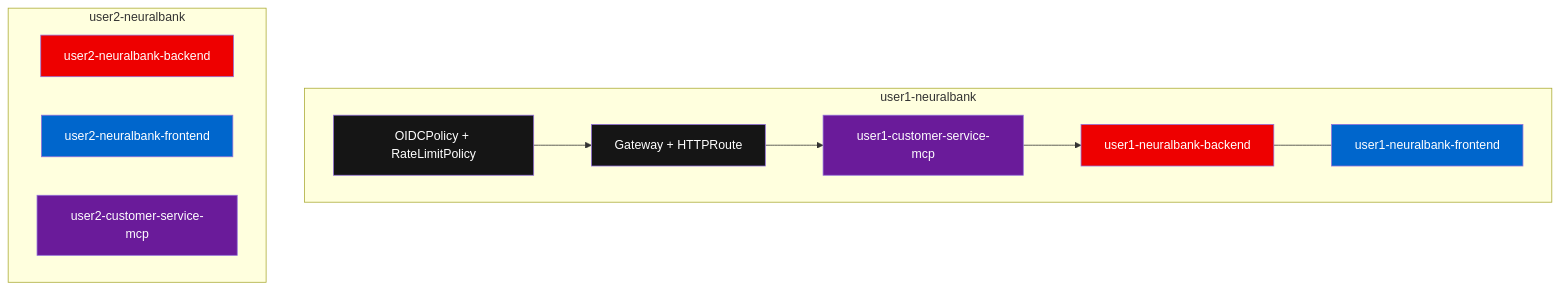
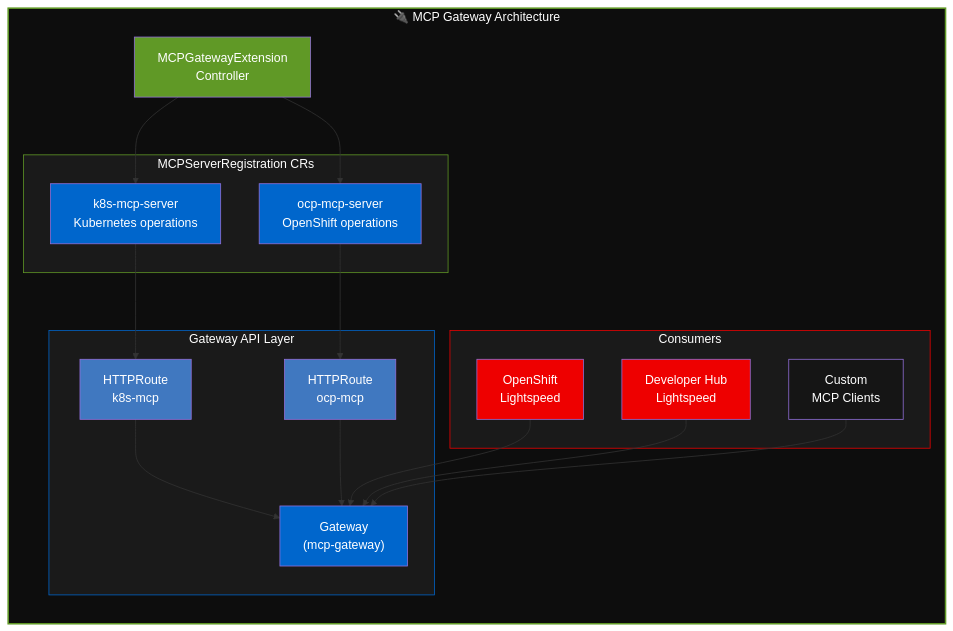
The fourth of 5 diagrams in docs/02-architecture-overview.md (maximilianoPizarro/test-drive-pe-oscg), drawn with Mermaid before and after one commit. The commit also changed other lines of this file and 9 other files, not shown here.

First line of the commit message:
feat: redesign GitHub Pages - remove redundancy, add MCP Gateway, 3D animation

````diff
--- a/docs/02-architecture-overview.md
+++ b/docs/02-architecture-overview.md
@@ -123,29 +225,48 @@
 ```mermaid
 graph TB
-    subgraph "user1-neuralbank"
-        B1["user1-neuralbank-backend"]
-        F1["user1-neuralbank-frontend"]
-        M1["user1-customer-service-mcp"]
-        G1["Gateway + HTTPRoute"]
-        P1["OIDCPolicy + RateLimitPolicy"]
-        B1 --- F1
-        M1 --> B1
-        G1 --> M1
-        P1 --> G1
+    subgraph MCP_ARCH ["🔌 MCP Gateway Architecture"]
+        direction TB
+        MCPEXT["MCPGatewayExtension<br/>Controller"]
+        
+        subgraph REGISTRATIONS ["MCPServerRegistration CRs"]
+            REG1["k8s-mcp-server<br/>Kubernetes operations"]
+            REG2["ocp-mcp-server<br/>OpenShift operations"]
+        end
+
+        subgraph GATEWAY ["Gateway API Layer"]
+            GW2["Gateway<br/>(mcp-gateway)"]
+            HR1["HTTPRoute<br/>k8s-mcp"]
+            HR2["HTTPRoute<br/>ocp-mcp"]
+        end
+
+        subgraph CONSUMERS ["Consumers"]
+            OLS2["OpenShift<br/>Lightspeed"]
+            DEVLS["Developer Hub<br/>Lightspeed"]
+            CUSTOM["Custom<br/>MCP Clients"]
+        end
     end
 
-    subgraph "user2-neuralbank"
-        B2["user2-neuralbank-backend"]
-        F2["user2-neuralbank-frontend"]
-        M2["user2-customer-service-mcp"]
-    end
+    MCPEXT --> REG1
+    MCPEXT --> REG2
+    REG1 --> HR1
+    REG2 --> HR2
+    HR1 --> GW2
+    HR2 --> GW2
+    OLS2 --> GW2
+    DEVLS --> GW2
+    CUSTOM --> GW2
 
-    style B1 fill:#EE0000,color:#fff
-    style F1 fill:#0066CC,color:#fff
-    style M1 fill:#6a1b9a,color:#fff
-    style G1 fill:#151515,color:#fff
-    style P1 fill:#151515,color:#fff
-    style B2 fill:#EE0000,color:#fff
-    style F2 fill:#0066CC,color:#fff
-    style M2 fill:#6a1b9a,color:#fff
+    style MCP_ARCH fill:#0d0d0d,color:#fff,stroke:#609926,stroke-width:2px
+    style MCPEXT fill:#609926,color:#fff
+    style REGISTRATIONS fill:#1a1a1a,color:#fff,stroke:#609926
+    style GATEWAY fill:#1a1a1a,color:#fff,stroke:#0066CC
+    style CONSUMERS fill:#1a1a1a,color:#fff,stroke:#EE0000
+    style REG1 fill:#0066CC,color:#fff
+    style REG2 fill:#0066CC,color:#fff
+    style GW2 fill:#0066CC,color:#fff
+    style HR1 fill:#4078c0,color:#fff
+    style HR2 fill:#4078c0,color:#fff
+    style OLS2 fill:#EE0000,color:#fff
+    style DEVLS fill:#EE0000,color:#fff
+    style CUSTOM fill:#151515,color:#fff
 ```
````
